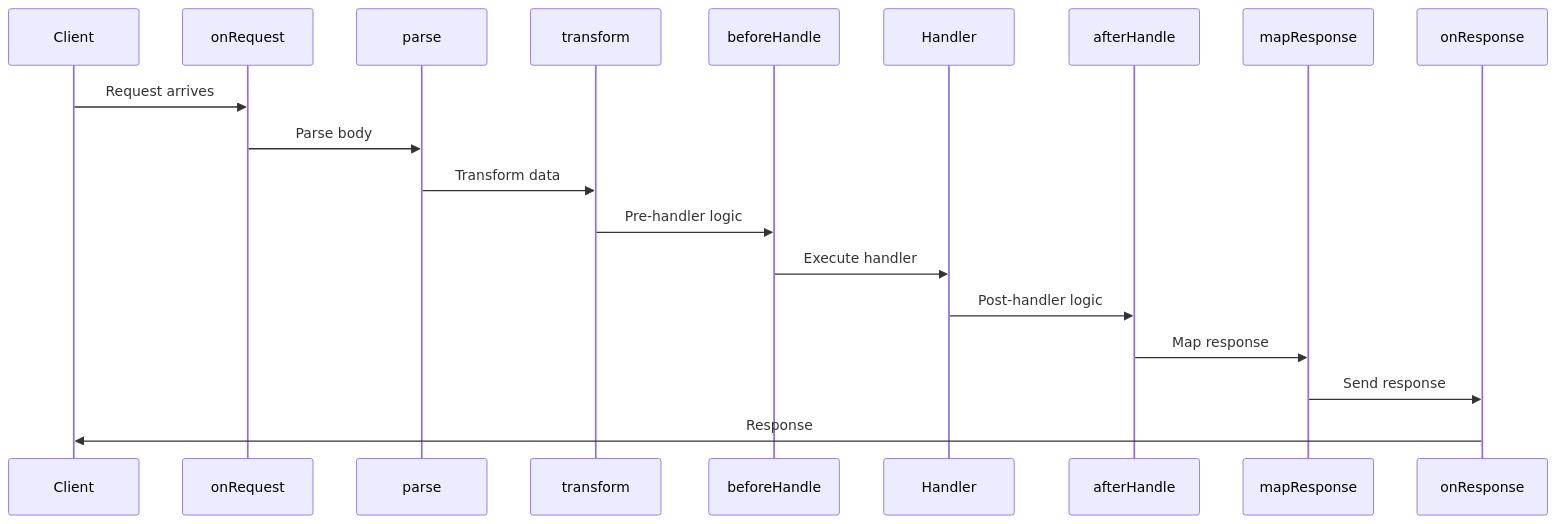
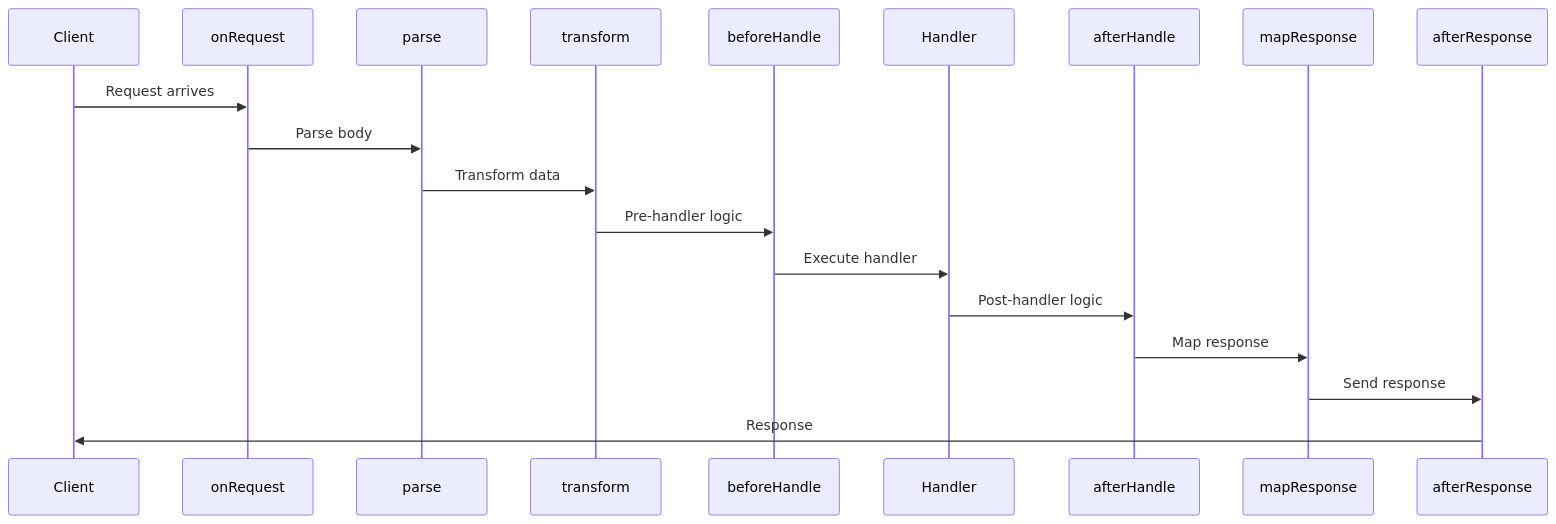
One commit to OneUptime/blog changed the fourth of 5 diagrams in posts/2026-01-31-bun-elysia-framework/README.md. Above: the diagram before and after it, drawn with Mermaid. The commit also changed other lines of this file and 2 other files, not shown here.

Commit message:
validate: 2026-01-31-bun-elysia-framework

````diff
--- a/posts/2026-01-31-bun-elysia-framework/README.md
+++ b/posts/2026-01-31-bun-elysia-framework/README.md
@@ -573,22 +573,22 @@
 ```mermaid
 sequenceDiagram
     participant Client
     participant onRequest
     participant parse
     participant transform
     participant beforeHandle
     participant Handler
     participant afterHandle
     participant mapResponse
-    participant onResponse
+    participant afterResponse
 
     Client->>onRequest: Request arrives
     onRequest->>parse: Parse body
     parse->>transform: Transform data
     transform->>beforeHandle: Pre-handler logic
     beforeHandle->>Handler: Execute handler
     Handler->>afterHandle: Post-handler logic
     afterHandle->>mapResponse: Map response
-    mapResponse->>onResponse: Send response
-    onResponse->>Client: Response
+    mapResponse->>afterResponse: Send response
+    afterResponse->>Client: Response
 ```
````
